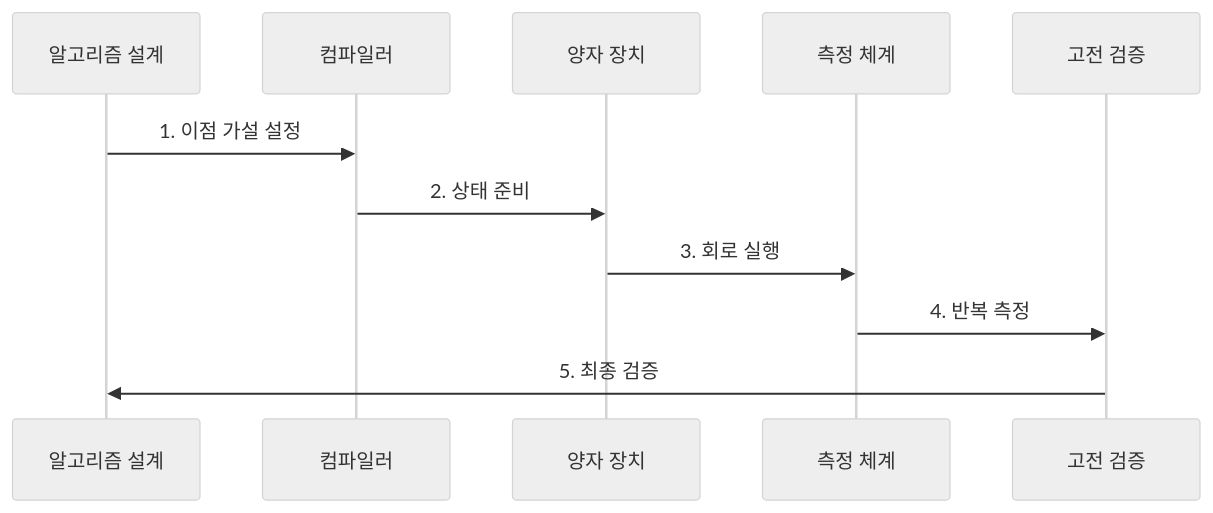
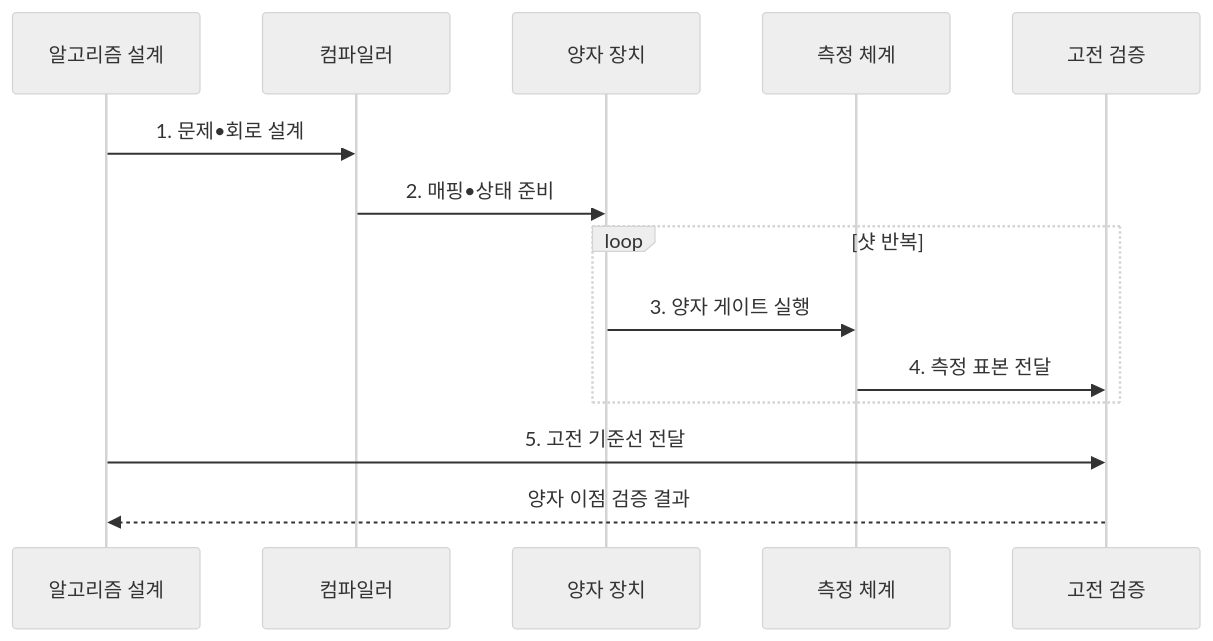
Before and after one commit to agnusdei1207/knowledge-base: the second of 2 diagrams in src/content/docs/notes/08-latest-tech/212_quantum_computing.md, drawn with Mermaid (neutral theme). The commit also changed other lines of this file and 15 other files, not shown here.

````diff
--- a/src/content/docs/notes/08-latest-tech/212_quantum_computing.md
+++ b/src/content/docs/notes/08-latest-tech/212_quantum_computing.md
@@ -104,13 +104,16 @@
 ```mermaid
 sequenceDiagram
   participant A as 알고리즘 설계
   participant C as 컴파일러
   participant Q as 양자 장치
   participant M as 측정 체계
   participant V as 고전 검증
-  A->>C: 1. 이점 가설 설정
-  C->>Q: 2. 상태 준비
-  Q->>M: 3. 회로 실행
-  M->>V: 4. 반복 측정
-  V->>A: 5. 최종 검증
+  A->>C: 1. 문제•회로 설계
+  C->>Q: 2. 매핑•상태 준비
+  loop 샷 반복
+    Q->>M: 3. 양자 게이트 실행
+    M->>V: 4. 측정 표본 전달
+  end
+  A->>V: 5. 고전 기준선 전달
+  V-->>A: 양자 이점 검증 결과
 ```
````
